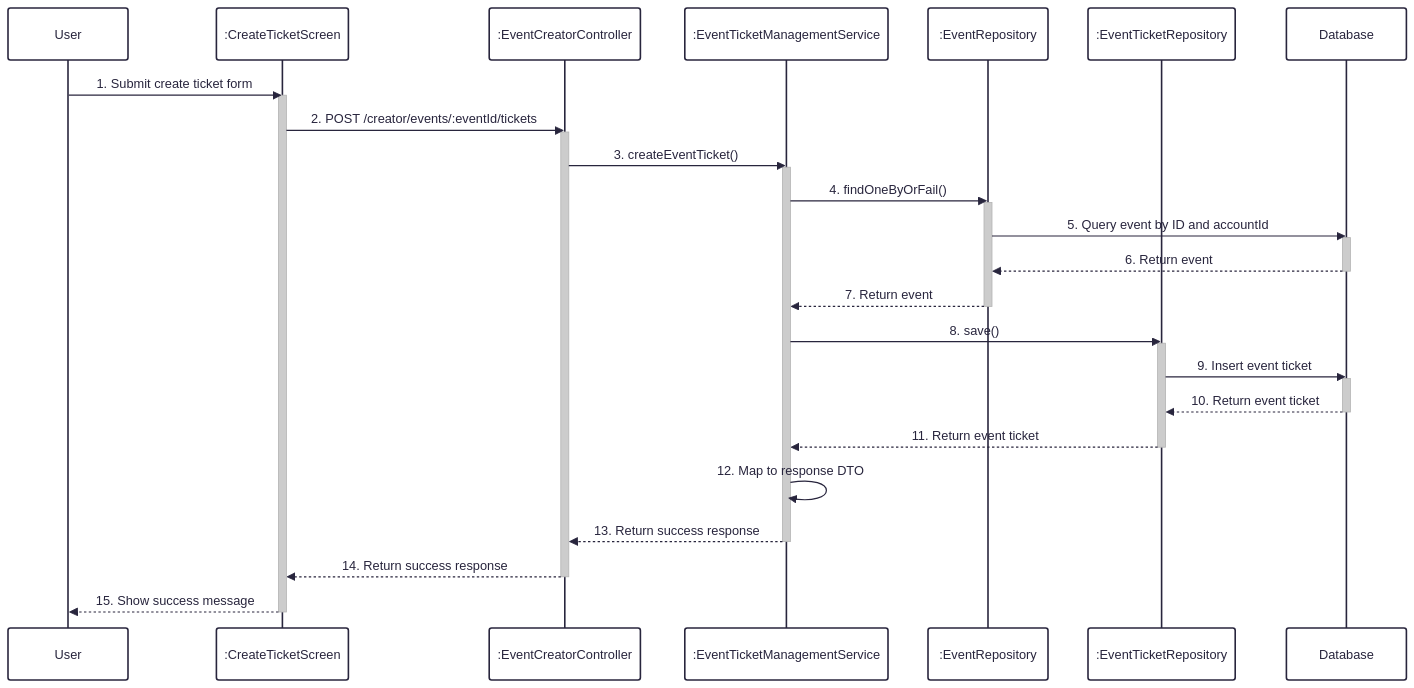
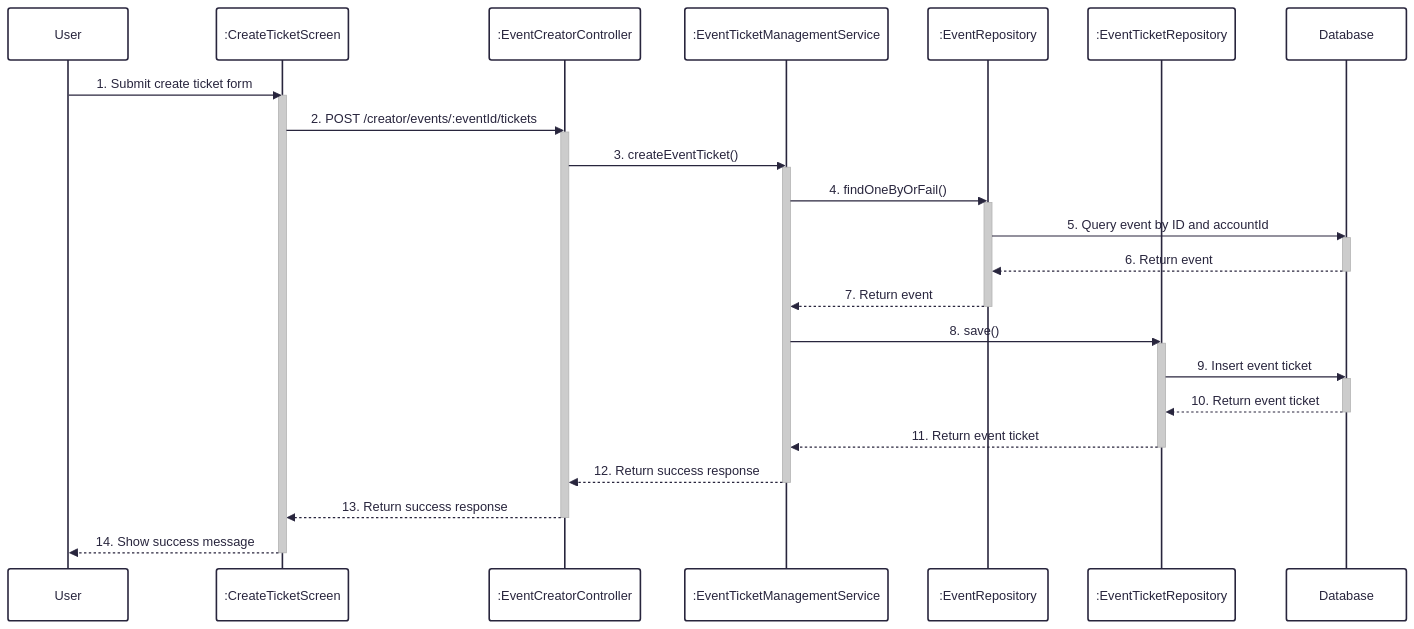
Before and after one commit to UrbanLens-2025/urban-lens_server: the diagram in docs/sequence/7-create-event-ticket.md, drawn with Mermaid. The commit also changed 29 other files, not shown here.

````diff
--- a/docs/sequence/7-create-event-ticket.md
+++ b/docs/sequence/7-create-event-ticket.md
@@ -1,45 +1,44 @@
 ```mermaid
 ---
 config:
   theme: redux
   look: classic
 ---
 sequenceDiagram
     participant User
     participant CreateTicketScreen as :CreateTicketScreen
     participant EventCreatorController as :EventCreatorController
     participant EventTicketManagementService as :EventTicketManagementService
     participant EventRepository as :EventRepository
     participant EventTicketRepository as :EventTicketRepository
     participant Database
 
     User->>CreateTicketScreen: 1. Submit create ticket form
     activate CreateTicketScreen
     CreateTicketScreen->>EventCreatorController: 2. POST /creator/events/:eventId/tickets
     activate EventCreatorController
     EventCreatorController->>EventTicketManagementService: 3. createEventTicket()
     activate EventTicketManagementService
     EventTicketManagementService->>EventRepository: 4. findOneByOrFail()
     activate EventRepository
     EventRepository->>Database: 5. Query event by ID and accountId
     activate Database
     Database-->>EventRepository: 6. Return event
     deactivate Database
     EventRepository-->>EventTicketManagementService: 7. Return event
     deactivate EventRepository
     EventTicketManagementService->>EventTicketRepository: 8. save()
     activate EventTicketRepository
     EventTicketRepository->>Database: 9. Insert event ticket
     activate Database
     Database-->>EventTicketRepository: 10. Return event ticket
     deactivate Database
     EventTicketRepository-->>EventTicketManagementService: 11. Return event ticket
     deactivate EventTicketRepository
-    EventTicketManagementService->>EventTicketManagementService: 12. Map to response DTO
-    EventTicketManagementService-->>EventCreatorController: 13. Return success response
+    EventTicketManagementService-->>EventCreatorController: 12. Return success response
     deactivate EventTicketManagementService
-    EventCreatorController-->>CreateTicketScreen: 14. Return success response
+    EventCreatorController-->>CreateTicketScreen: 13. Return success response
     deactivate EventCreatorController
-    CreateTicketScreen-->>User: 15. Show success message
+    CreateTicketScreen-->>User: 14. Show success message
     deactivate CreateTicketScreen
 ```
````
